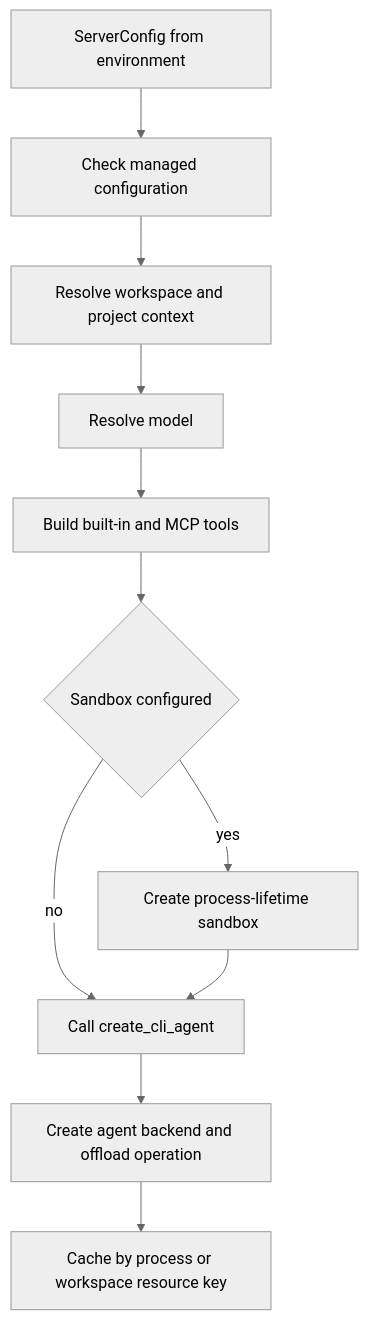
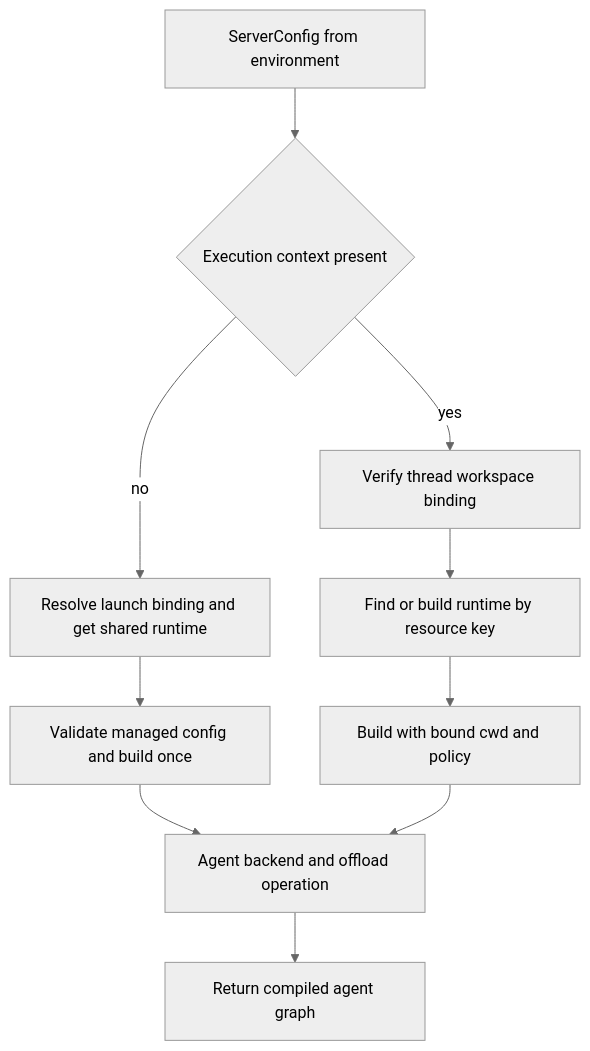
Before and after one commit to langchain-ai/deepagents: the second of 2 diagrams in openwiki/architecture/code-agent.md, drawn with Mermaid (neutral theme). The commit also changed other lines of this file and 28 other files, not shown here.

````diff
--- a/openwiki/architecture/code-agent.md
+++ b/openwiki/architecture/code-agent.md
@@ -94,13 +94,12 @@
 ```mermaid
 flowchart TD
-    Input["ServerConfig from environment"] --> Policy["Check managed configuration"]
-    Policy --> Context["Resolve workspace and project context"]
-    Context --> Model["Resolve model"]
-    Model --> Tools["Build built-in and MCP tools"]
-    Tools --> Sandbox{"Sandbox configured"}
-    Sandbox -->|yes| CreateSandbox["Create process-lifetime sandbox"]
-    Sandbox -->|no| Assemble["Call create_cli_agent"]
-    CreateSandbox --> Assemble
-    Assemble --> Runtime["Create agent backend and offload operation"]
-    Runtime --> Cache["Cache by process or workspace resource key"]
+    Env["ServerConfig from environment"] --> Binding{"Execution context present"}
+    Binding -->|no| Startup["Resolve launch binding and get shared runtime"]
+    Binding -->|yes| Verify["Verify thread workspace binding"]
+    Verify --> WorkspaceCache["Find or build runtime by resource key"]
+    Startup --> Build["Validate managed config and build once"]
+    WorkspaceCache --> BuildWorkspace["Build with bound cwd and policy"]
+    Build --> Resources["Agent backend and offload operation"]
+    BuildWorkspace --> Resources
+    Resources --> Graph["Return compiled agent graph"]
 ```
````
